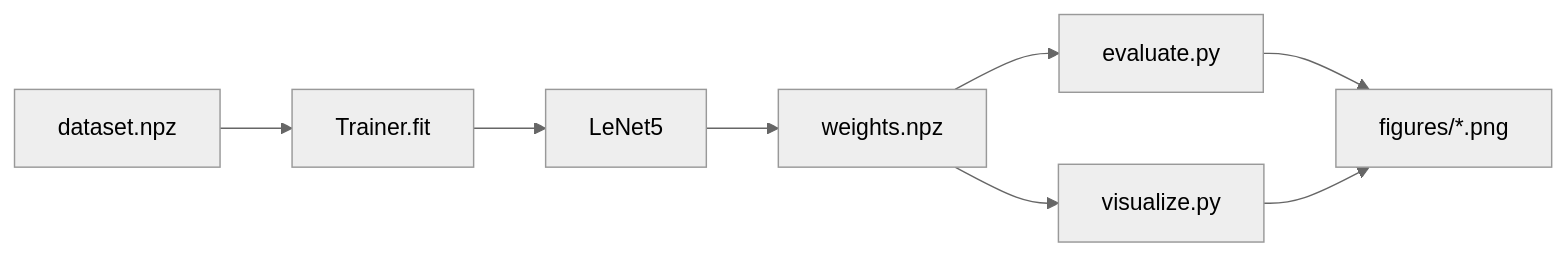
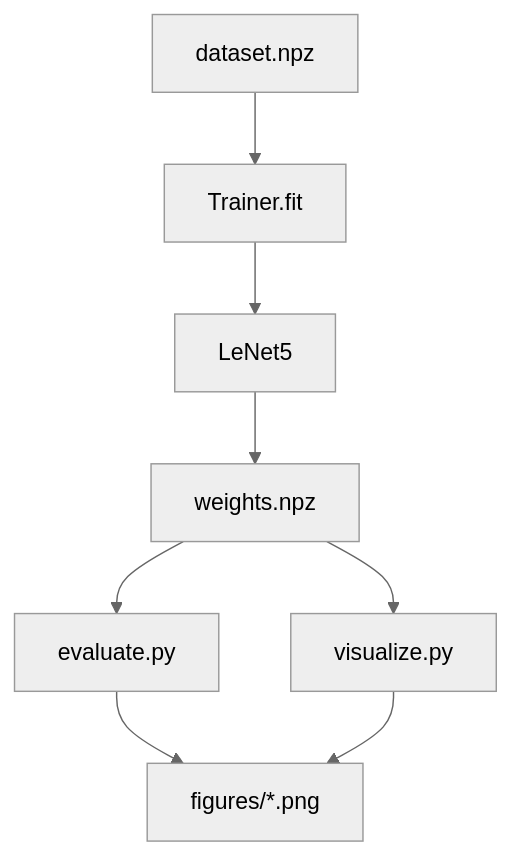
The second of 2 diagrams in docs/05-struktur-kode.md (arisros/pothole-detection), drawn with Mermaid (neutral theme) before and after one commit. The commit also changed 8 other files, not shown here.

First line of the commit message:
Makalah: syntax highlight kode + semua diagram vertikal (TB)

````diff
--- a/docs/05-struktur-kode.md
+++ b/docs/05-struktur-kode.md
@@ -99,10 +99,10 @@
 ```mermaid
-flowchart LR
+flowchart TB
     DS["dataset.npz"] --> TR["Trainer.fit"]
     TR --> M["LeNet5"]
     M --> WT["weights.npz"]
     WT --> EV["evaluate.py"]
     WT --> VI["visualize.py"]
     EV --> FG["figures/*.png"]
     VI --> FG
 ```
````
